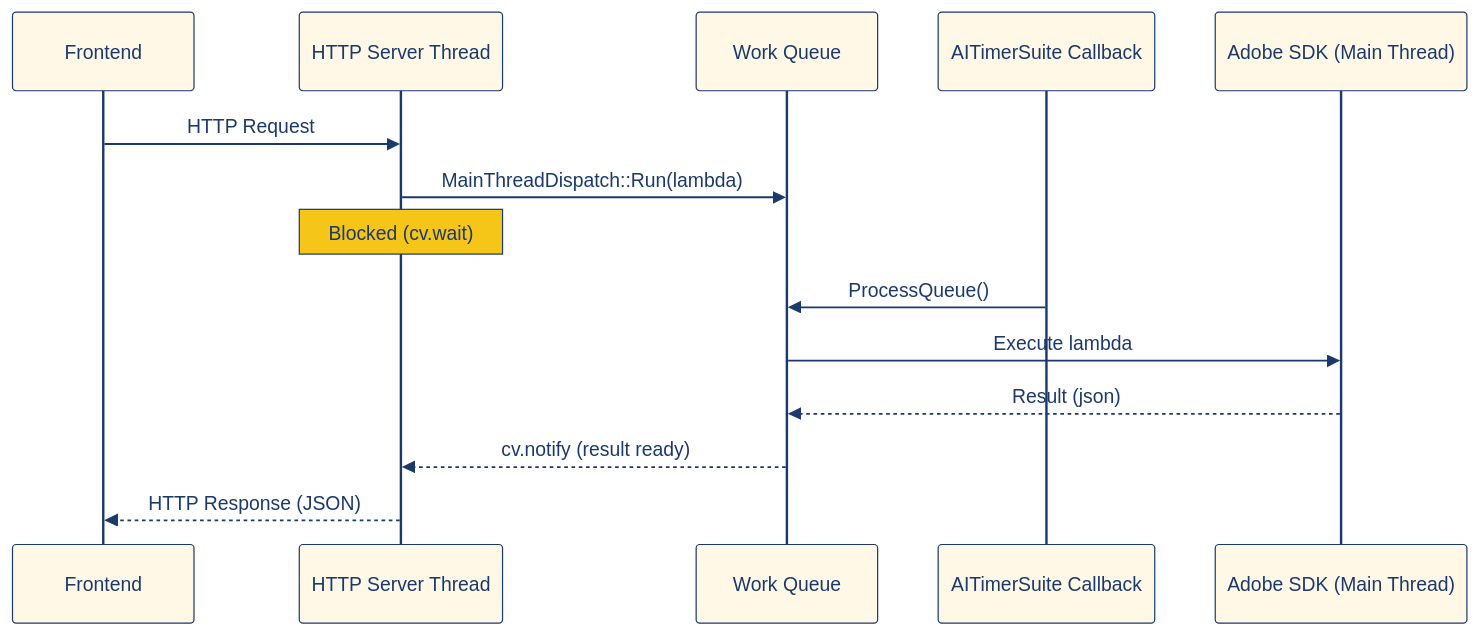
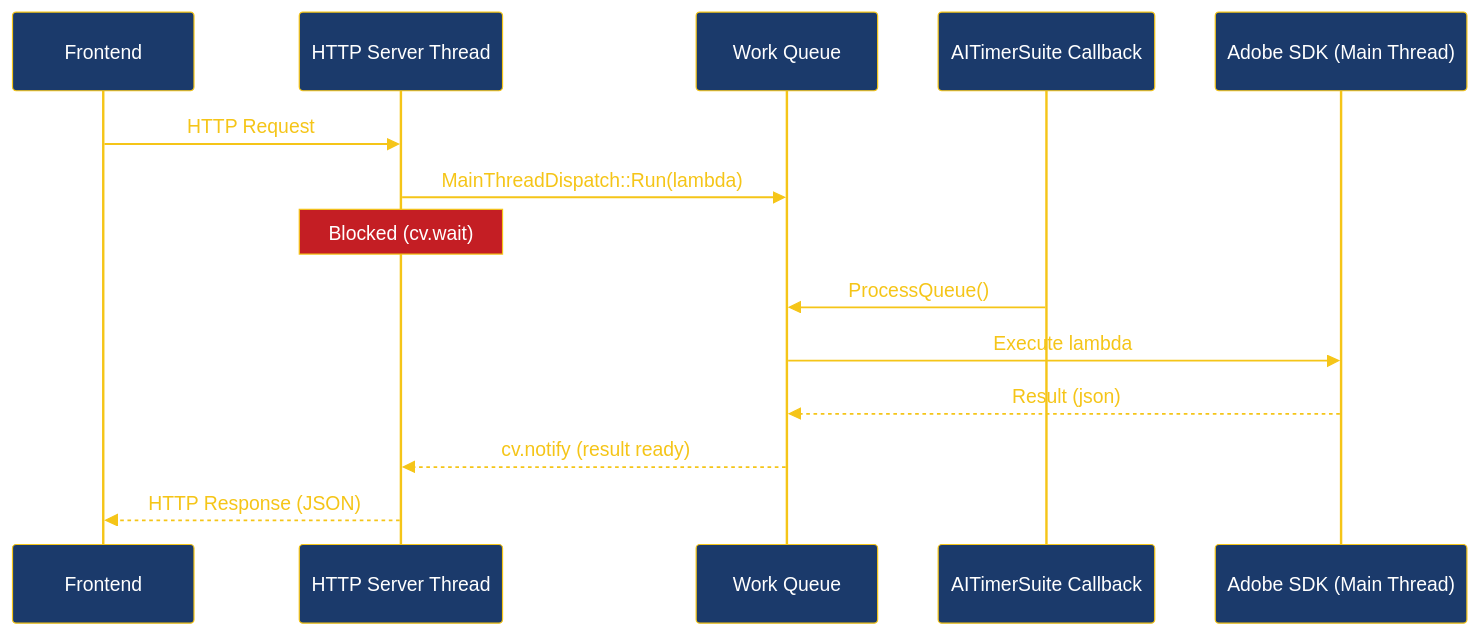
One commit to ByteBard97/nuxp changed the first of 4 diagrams in docs/ARCHITECTURE.md. Above: the diagram before and after it, drawn with Mermaid. The commit also changed other lines of this file and 1 other file, not shown here.

Commit message:
docs: fix diagram colors for dark theme readability
Use gold lines/text, dark navy backgrounds, and white text for
high contrast on both light and dark GitHub themes.

````diff
--- a/docs/ARCHITECTURE.md
+++ b/docs/ARCHITECTURE.md
@@ -32,33 +32,31 @@
 ```mermaid
 %%{init: {'theme': 'base', 'themeVariables': {
-  'primaryColor': '#1B3A6B',
-  'primaryTextColor': '#FFFFFF',
-  'primaryBorderColor': '#F5C518',
-  'lineColor': '#C41E24',
-  'secondaryColor': '#F5C518',
-  'tertiaryColor': '#FFF8E7',
-  'actorBorder': '#1B3A6B',
-  'actorBkg': '#FFF8E7',
-  'actorTextColor': '#1B3A6B',
-  'signalColor': '#1B3A6B',
-  'signalTextColor': '#1B3A6B',
-  'noteBkgColor': '#F5C518',
-  'noteTextColor': '#1B3A6B',
-  'noteBorderColor': '#1B3A6B'
+  'actorBkg': '#1B3A6B',
+  'actorBorder': '#F5C518',
+  'actorTextColor': '#FFFFFF',
+  'actorLineColor': '#F5C518',
+  'signalColor': '#F5C518',
+  'signalTextColor': '#F5C518',
+  'noteBkgColor': '#C41E24',
+  'noteTextColor': '#FFFFFF',
+  'noteBorderColor': '#F5C518',
+  'activationBkgColor': '#1B3A6B',
+  'activationBorderColor': '#F5C518',
+  'sequenceNumberColor': '#FFFFFF'
 }}}%%
 sequenceDiagram
     participant Client as Frontend
     participant HTTP as HTTP Server Thread
     participant Queue as Work Queue
     participant Timer as AITimerSuite Callback
     participant SDK as Adobe SDK (Main Thread)
 
     Client->>HTTP: HTTP Request
     HTTP->>Queue: MainThreadDispatch::Run(lambda)
     Note over HTTP: Blocked (cv.wait)
     Timer->>Queue: ProcessQueue()
     Queue->>SDK: Execute lambda
     SDK-->>Queue: Result (json)
     Queue-->>HTTP: cv.notify (result ready)
     HTTP-->>Client: HTTP Response (JSON)
 ```
````
